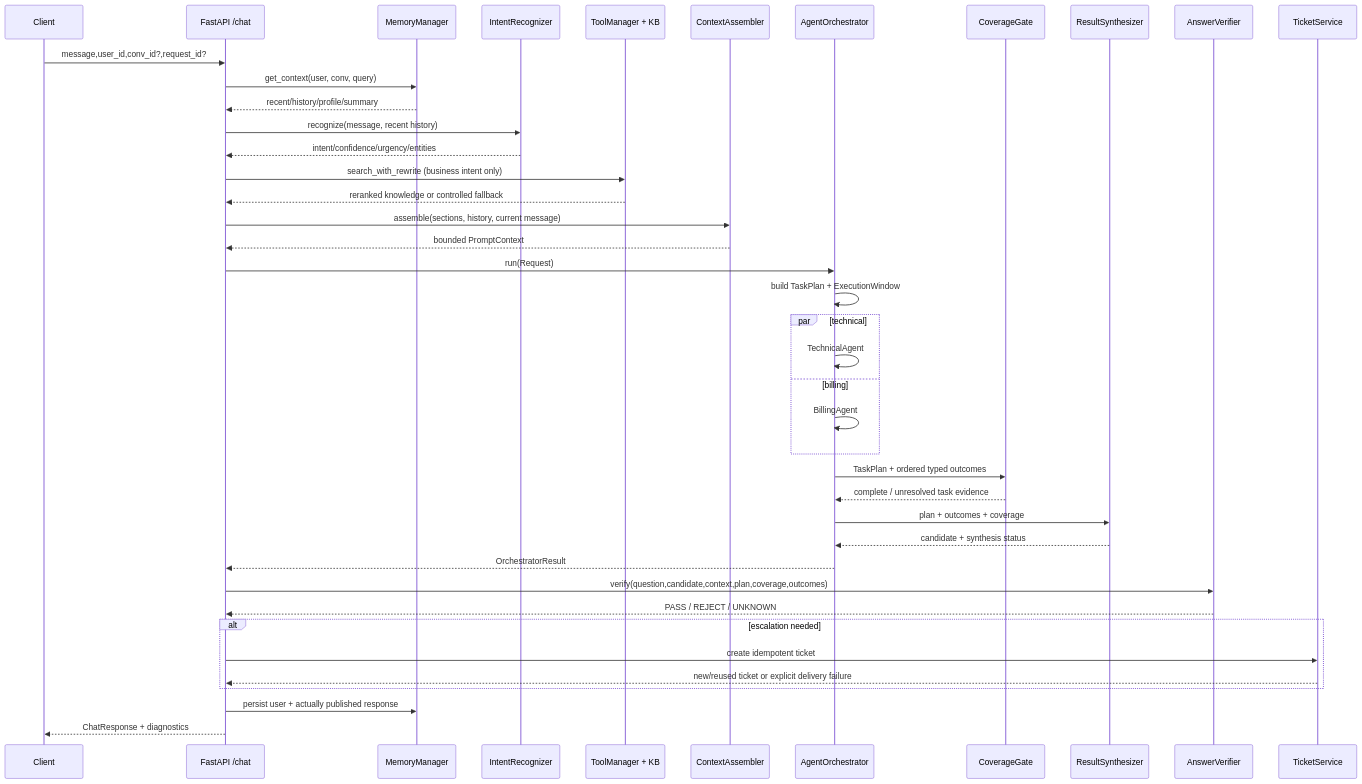
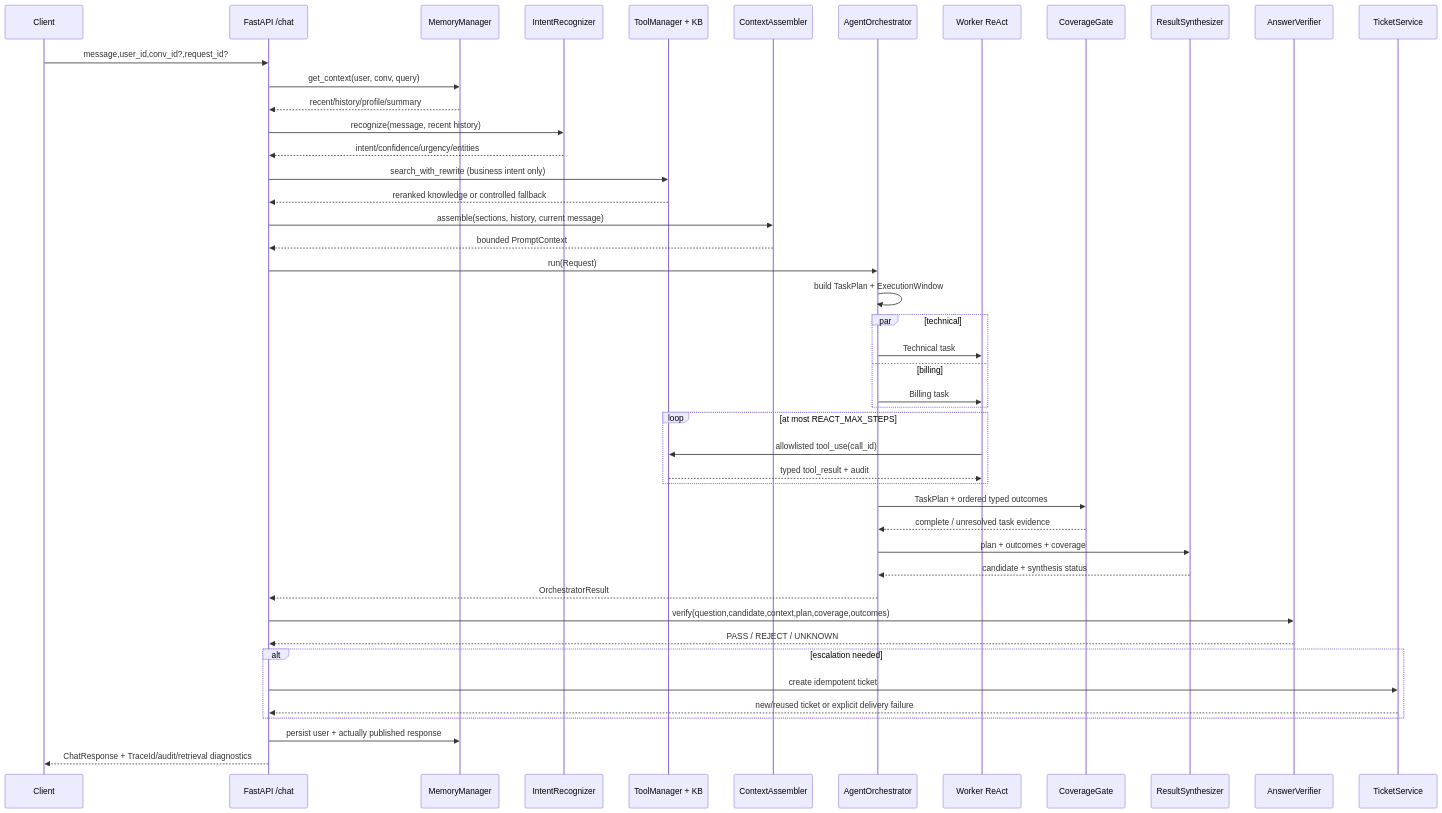
The second of 6 diagrams in docs/full-architecture-tutorial.zh-CN.md (Garrulus21yyx/DialogPilot), drawn with Mermaid before and after one commit. The commit also changed other lines of this file and 9 other files, not shown here.

````diff
--- a/docs/full-architecture-tutorial.zh-CN.md
+++ b/docs/full-architecture-tutorial.zh-CN.md
@@ -179,44 +190,49 @@
 ```mermaid
 sequenceDiagram
     participant C as Client
     participant A as FastAPI /chat
     participant M as MemoryManager
     participant I as IntentRecognizer
     participant T as ToolManager + KB
     participant X as ContextAssembler
     participant O as AgentOrchestrator
+    participant R as Worker ReAct
     participant G as CoverageGate
     participant S as ResultSynthesizer
     participant V as AnswerVerifier
     participant K as TicketService
 
     C->>A: message,user_id,conv_id?,request_id?
     A->>M: get_context(user, conv, query)
     M-->>A: recent/history/profile/summary
     A->>I: recognize(message, recent history)
     I-->>A: intent/confidence/urgency/entities
     A->>T: search_with_rewrite (business intent only)
     T-->>A: reranked knowledge or controlled fallback
     A->>X: assemble(sections, history, current message)
     X-->>A: bounded PromptContext
     A->>O: run(Request)
     O->>O: build TaskPlan + ExecutionWindow
     par technical
-        O->>O: TechnicalAgent
+        O->>R: Technical task
     and billing
-        O->>O: BillingAgent
+        O->>R: Billing task
+    end
+    loop at most REACT_MAX_STEPS
+        R->>T: allowlisted tool_use(call_id)
+        T-->>R: typed tool_result + audit
     end
     O->>G: TaskPlan + ordered typed outcomes
     G-->>O: complete / unresolved task evidence
     O->>S: plan + outcomes + coverage
     S-->>O: candidate + synthesis status
     O-->>A: OrchestratorResult
     A->>V: verify(question,candidate,context,plan,coverage,outcomes)
     V-->>A: PASS / REJECT / UNKNOWN
     alt escalation needed
         A->>K: create idempotent ticket
         K-->>A: new/reused ticket or explicit delivery failure
     end
     A->>M: persist user + actually published response
-    A-->>C: ChatResponse + diagnostics
+    A-->>C: ChatResponse + TraceId/audit/retrieval diagnostics
 ```
````
